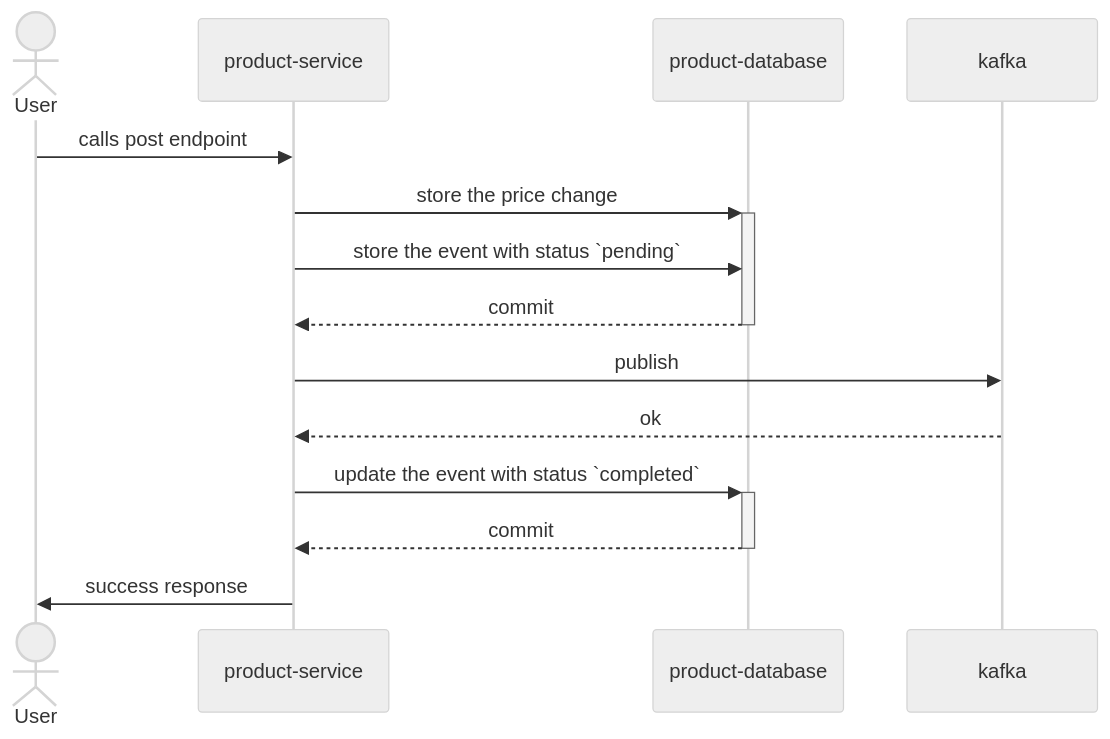
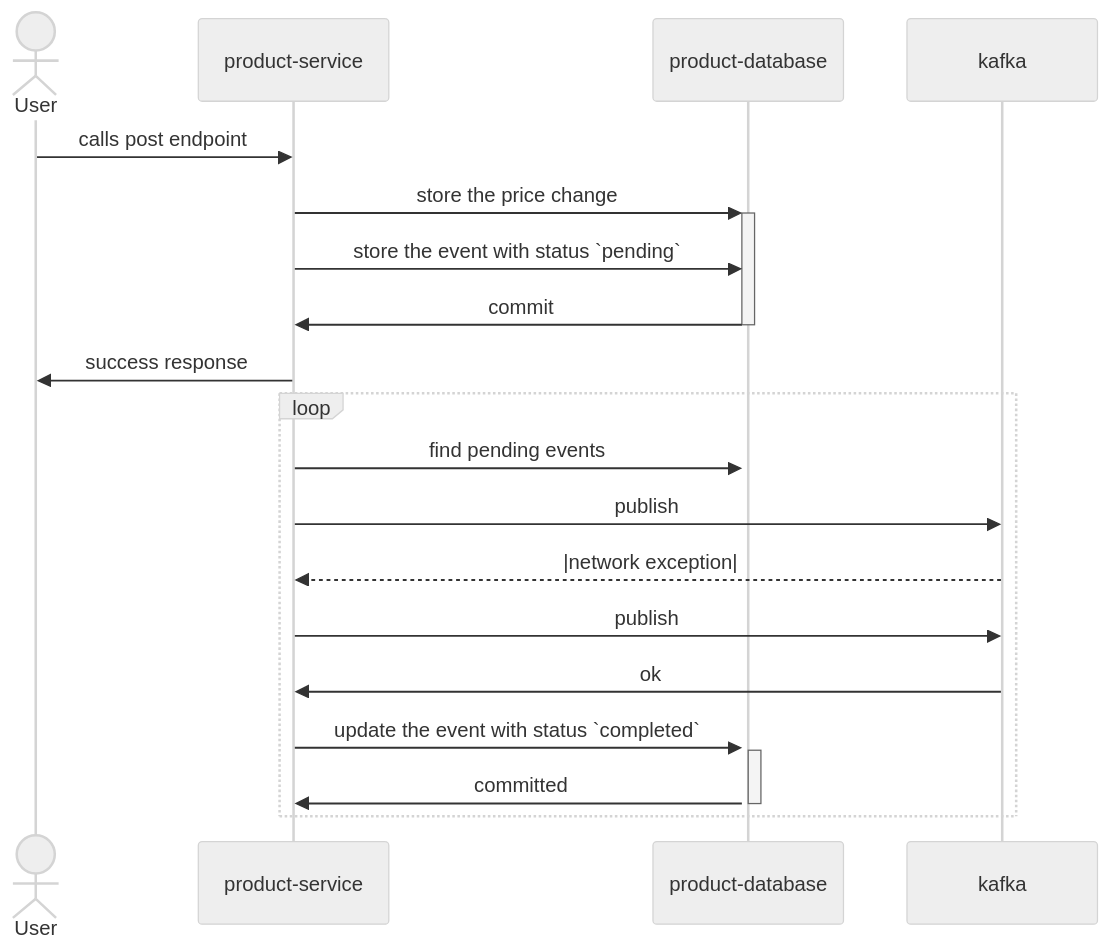
One commit to diocorrea/diocorrea.github.io changed the third of 8 diagrams in _drafts/outbox-pattern.md. Above: the diagram before and after it, drawn with Mermaid (neutral theme). The commit also changed other lines of this file, not shown here.

````diff
--- a/_drafts/outbox-pattern.md
+++ b/_drafts/outbox-pattern.md
@@ -63,14 +66,18 @@
 ```mermaid
     sequenceDiagram
         actor User
         User->>product-service: calls post endpoint
         product-service->>+product-database: store the price change
         product-service->>product-database: store the event with status `pending`
-        product-database-->>-product-service: commit
-        product-service->>kafka:publish
-        kafka-->>product-service: ok
-        product-service->>+product-database: update the event with status `completed`
-        product-database-->>-product-service: commit
+        product-database->>-product-service: commit
         product-service->>User: success response
-
+        loop
+            product-service->>+product-database: find pending events
+            product-service->>kafka:publish
+            kafka-->>product-service: |network exception|
+            product-service->>kafka:publish
+            kafka->>product-service: ok 
+            product-service->>+product-database: update the event with status `completed`
+            product-database->>-product-service: committed
+        end
 ```
````
